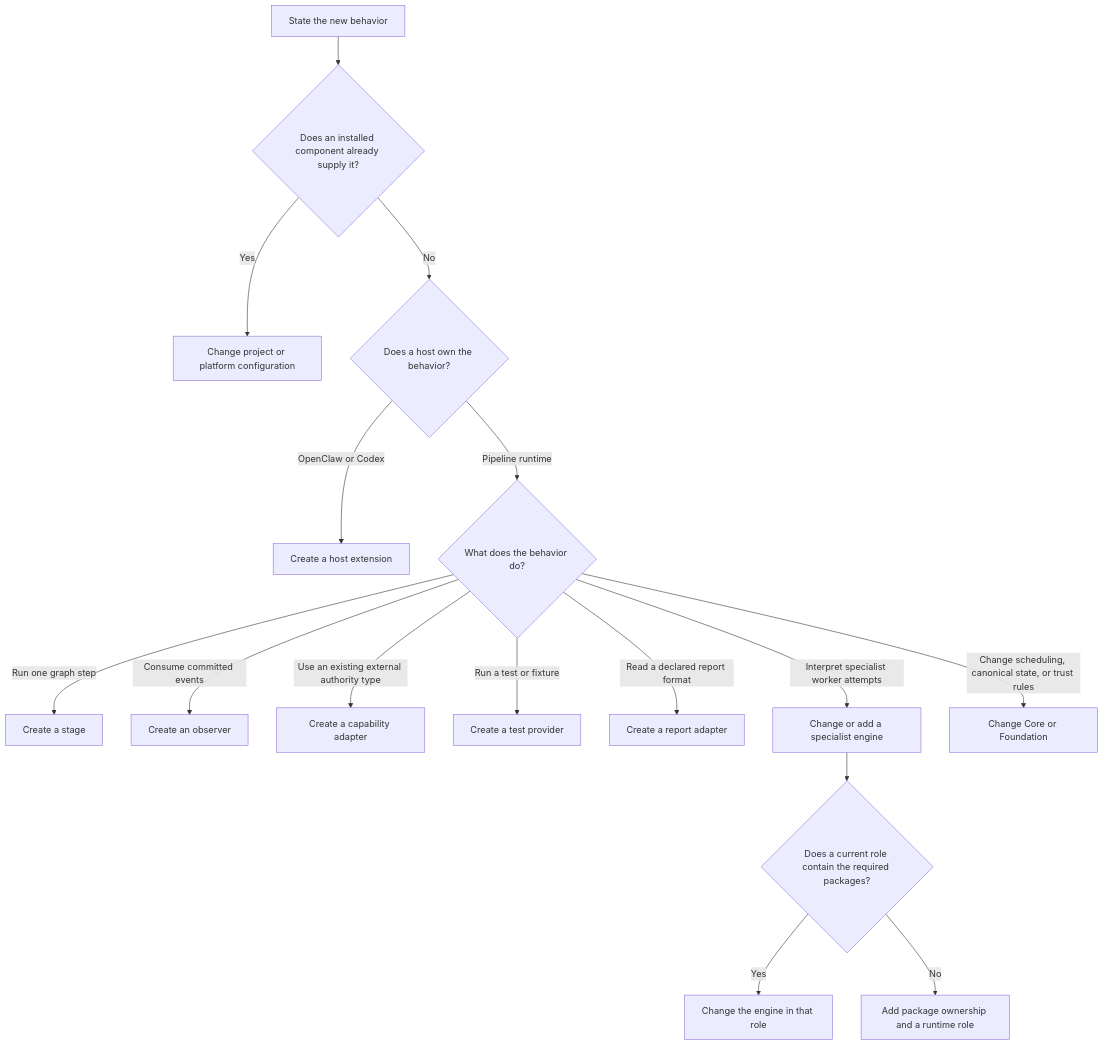
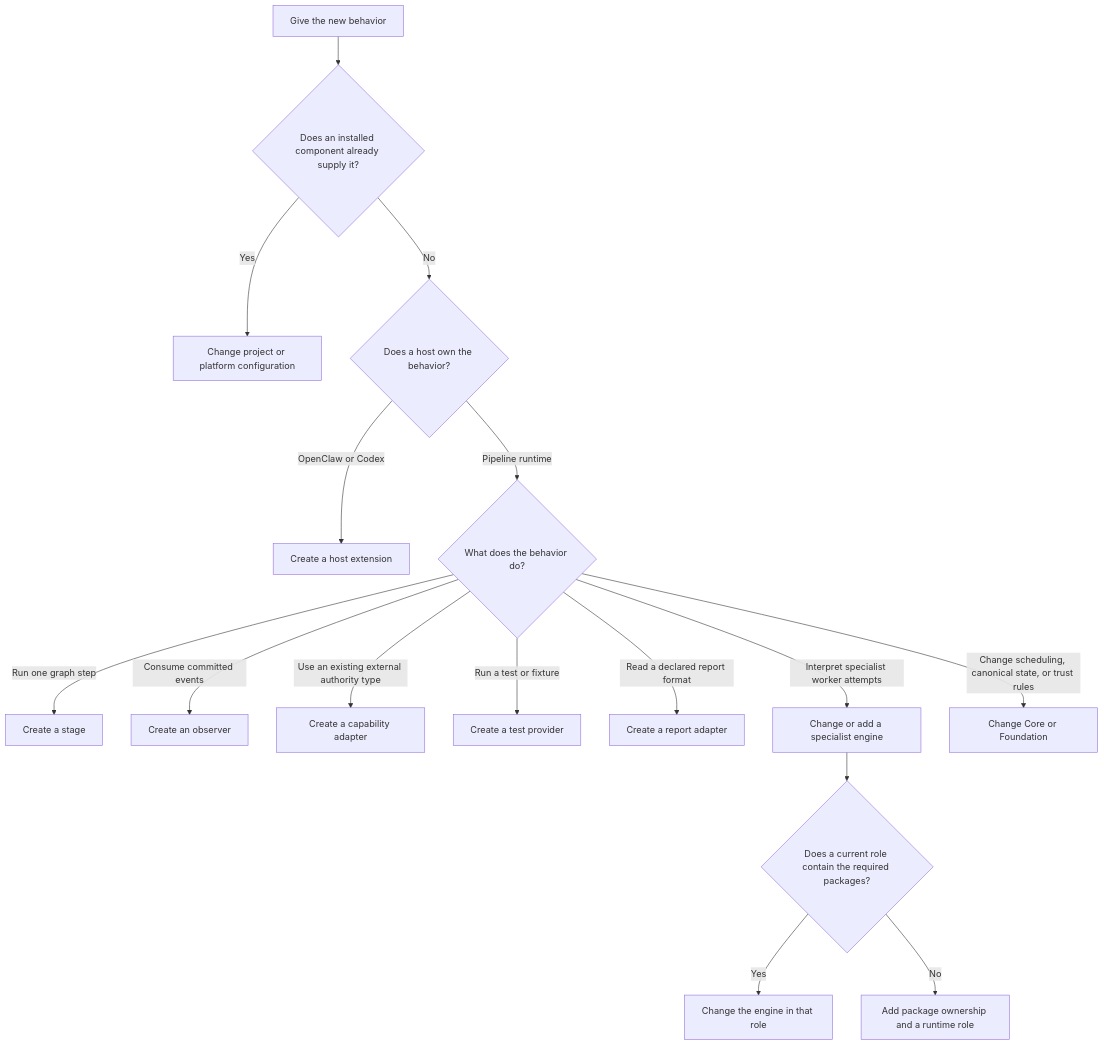
The diagram in docs/site/extend/README.md (datrab/kubeclaw), drawn with Mermaid before and after one commit. The commit also changed other lines of this file and 80 other files, not shown here.

````diff
--- a/docs/site/extend/README.md
+++ b/docs/site/extend/README.md
@@ -136,18 +137,18 @@
 ```mermaid
 flowchart TD
-    Need[State the new behavior] --> Existing{Does an installed component already supply it?}
+    Need[Give the new behavior] --> Existing{Does an installed component already supply it?}
     Existing -->|Yes| Config[Change project or platform configuration]
     Existing -->|No| Host{Does a host own the behavior?}
     Host -->|OpenClaw or Codex| HostExtension[Create a host extension]
     Host -->|Pipeline runtime| Runtime{What does the behavior do?}
     Runtime -->|Run one graph step| Stage[Create a stage]
     Runtime -->|Consume committed events| Observer[Create an observer]
     Runtime -->|Use an existing external authority type| Adapter[Create a capability adapter]
     Runtime -->|Run a test or fixture| Provider[Create a test provider]
     Runtime -->|Read a declared report format| Report[Create a report adapter]
     Runtime -->|Interpret specialist worker attempts| Engine[Change or add a specialist engine]
     Runtime -->|Change scheduling, canonical state, or trust rules| Core[Change Core or Foundation]
     Engine --> Role{Does a current role contain the required packages?}
     Role -->|Yes| ExistingRole[Change the engine in that role]
     Role -->|No| NewRole[Add package ownership and a runtime role]
 ```
````
